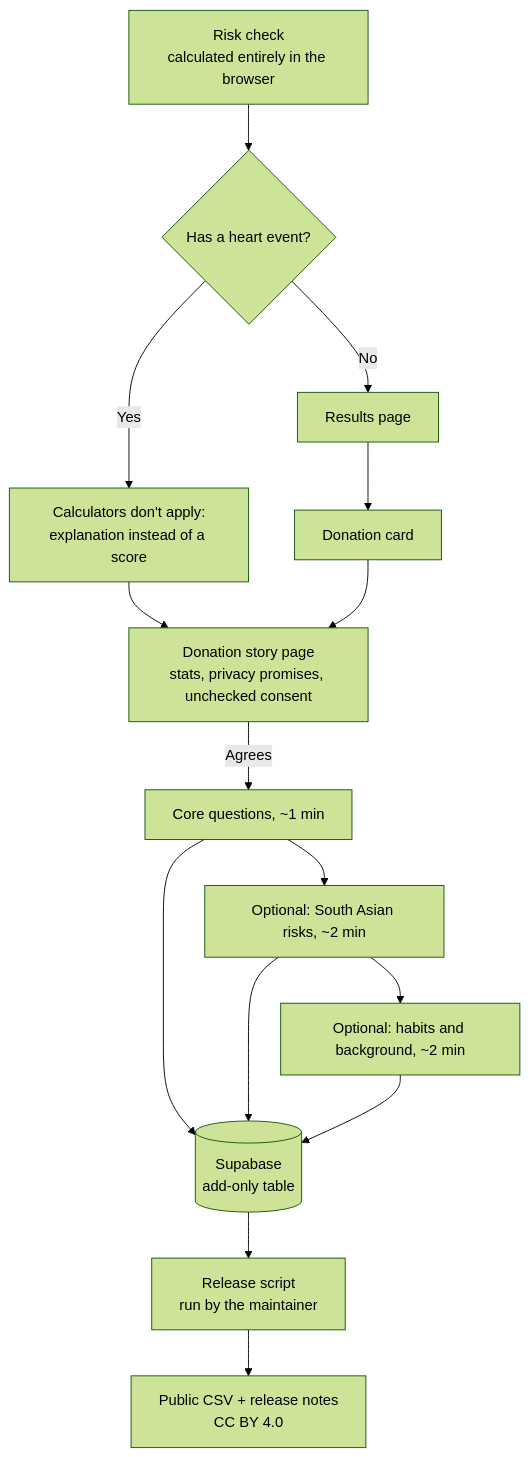
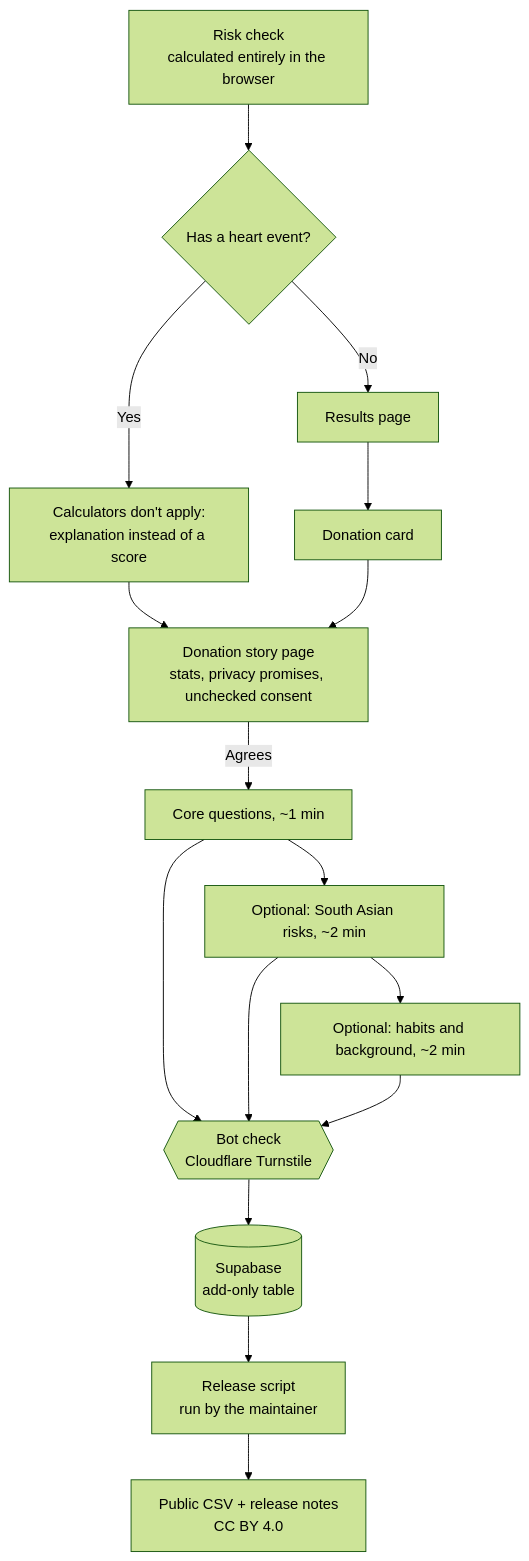
One commit to Anika-Lakhani/south-asian-heart-risk changed the first of 2 diagrams in docs/DONATIONS.md. Above: the diagram before and after it, drawn with Mermaid (forest theme). The commit also changed other lines of this file and 8 other files, not shown here.

First line of the commit message:
Add Cloudflare Turnstile bot check for donations (ready to enable)

````diff
--- a/docs/DONATIONS.md
+++ b/docs/DONATIONS.md
@@ -22,17 +22,18 @@
 ```mermaid
 flowchart TD
     A[Risk check<br/>calculated entirely in the browser] --> B{Has a heart event?}
     B -- No --> C[Results page]
     B -- Yes --> D[Calculators don't apply:<br/>explanation instead of a score]
     C --> E[Donation card]
     D --> F[Donation story page<br/>stats, privacy promises, unchecked consent]
     E --> F
     F -- Agrees --> G[Core questions, ~1 min]
-    G --> H[(Supabase<br/>add-only table)]
+    G --> V{{Bot check<br/>Cloudflare Turnstile}}
     G --> I[Optional: South Asian risks, ~2 min]
-    I --> H
+    I --> V
     I --> J[Optional: habits and background, ~2 min]
-    J --> H
+    J --> V
+    V --> H[(Supabase<br/>add-only table)]
     H --> K[Release script<br/>run by the maintainer]
     K --> L[Public CSV + release notes<br/>CC BY 4.0]
 ```
````
